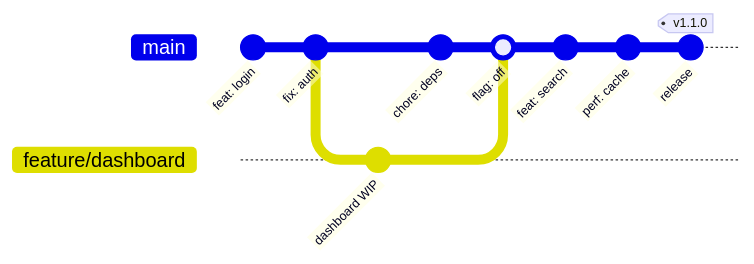
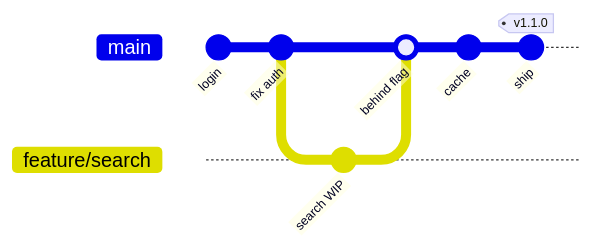
One commit to vsindevops/syssignals changed the fourth of 5 diagrams in content/devops/30-days-devops/day-01-git-branching-strategies.md. Above: the diagram before and after it, drawn with Mermaid. The commit also changed other lines of this file, not shown here.

````diff
--- a/content/devops/30-days-devops/day-01-git-branching-strategies.md
+++ b/content/devops/30-days-devops/day-01-git-branching-strategies.md
@@ -162,15 +635,13 @@
 ```mermaid
 %%{init: {'gitGraph': {'rotateCommitLabel': true}}}%%
 gitGraph
-   commit id: "feat: login"
-   commit id: "fix: auth"
-   branch feature/dashboard
-   checkout feature/dashboard
-   commit id: "dashboard WIP"
+   commit id: "login"
+   commit id: "fix auth"
+   branch feature/search
+   checkout feature/search
+   commit id: "search WIP"
    checkout main
-   commit id: "chore: deps"
-   merge feature/dashboard id: "flag: off"
-   commit id: "feat: search"
-   commit id: "perf: cache"
-   commit id: "release" tag: "v1.1.0"
+   merge feature/search id: "behind flag"
+   commit id: "cache"
+   commit id: "ship" tag: "v1.1.0"
 ```
````
